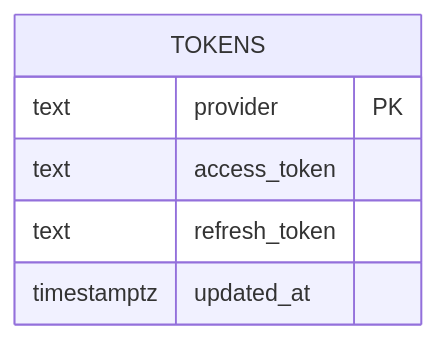
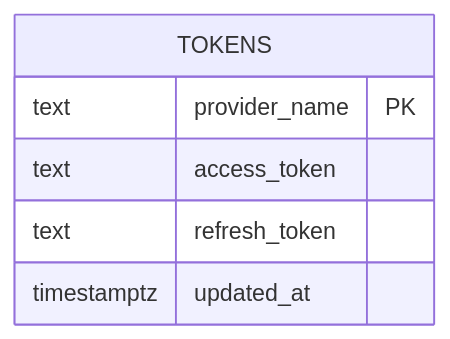
Before and after one commit to hcubasd/curly-spoon: the second of 2 diagrams in README.md, drawn with Mermaid. The commit also changed other lines of this file and 6 other files, not shown here.

First line of the commit message:
Rename schema columns to canonical sales CRM names, update tooling

````diff
--- a/README.md
+++ b/README.md
@@ -223,9 +223,9 @@
 ```mermaid
 erDiagram
     TOKENS {
-        text provider PK
+        text provider_name PK
         text access_token
         text refresh_token
         timestamptz updated_at
     }
 ```
````
